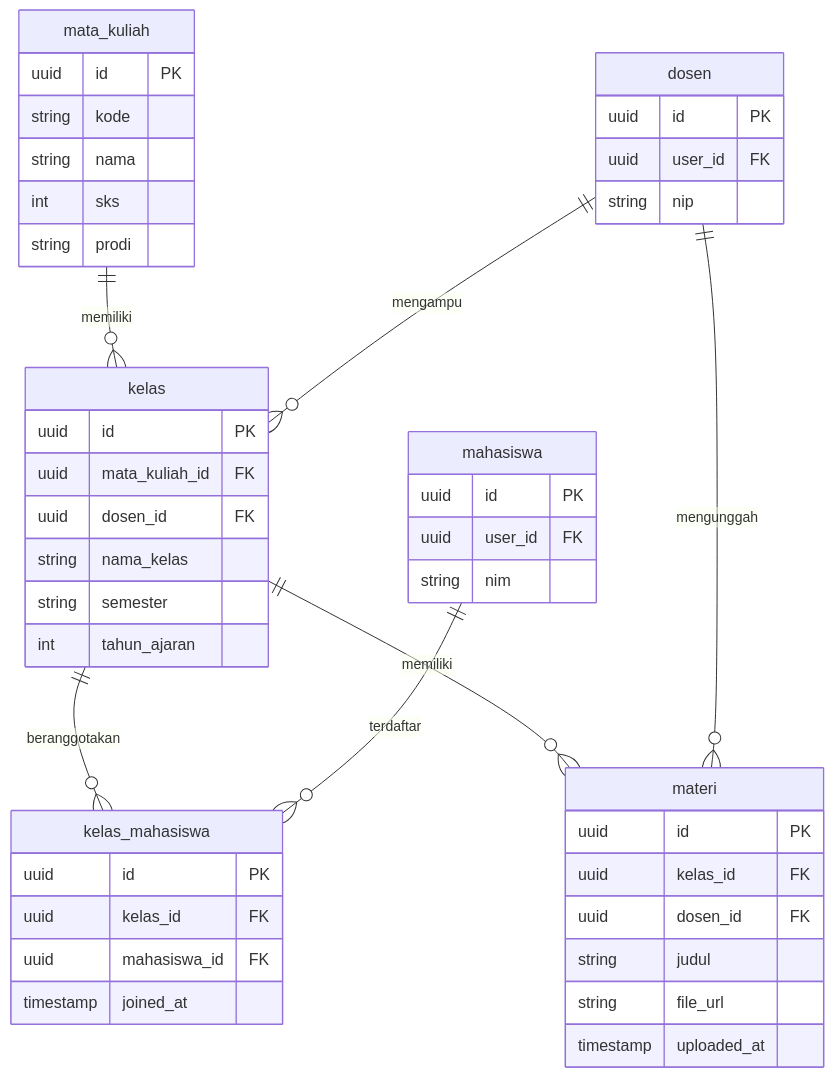
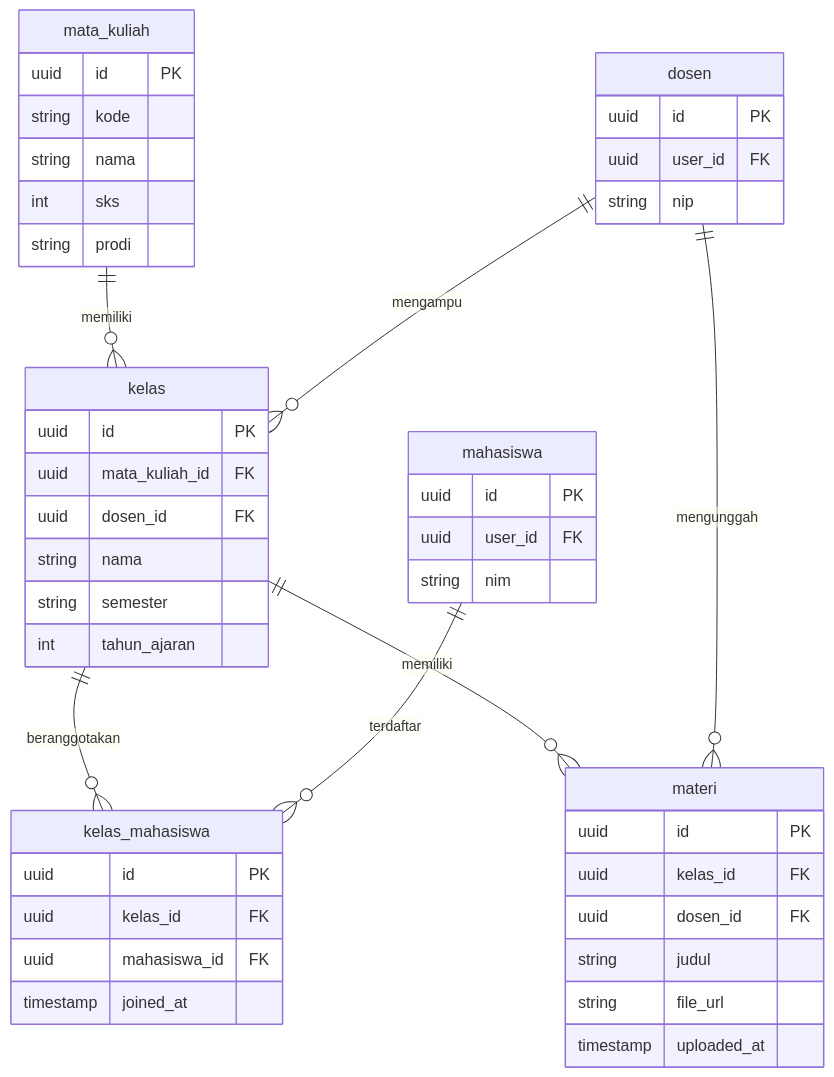
Before and after one commit to taufiq1285/sistem-pwa: the second of 7 diagrams in docs/ERD_BACKEND_MERMAID.md, drawn with Mermaid. The commit also changed other lines of this file and 151 other files, not shown here.

````diff
--- a/docs/ERD_BACKEND_MERMAID.md
+++ b/docs/ERD_BACKEND_MERMAID.md
@@ -58,48 +58,48 @@
 ```mermaid
 erDiagram
     mata_kuliah {
         uuid id PK
         string kode
         string nama
         int sks
         string prodi
     }
     kelas {
         uuid id PK
         uuid mata_kuliah_id FK
         uuid dosen_id FK
-        string nama_kelas
+        string nama
         string semester
         int tahun_ajaran
     }
     kelas_mahasiswa {
         uuid id PK
         uuid kelas_id FK
         uuid mahasiswa_id FK
         timestamp joined_at
     }
     materi {
         uuid id PK
         uuid kelas_id FK
         uuid dosen_id FK
         string judul
         string file_url
         timestamp uploaded_at
     }
     dosen {
         uuid id PK
         uuid user_id FK
         string nip
     }
     mahasiswa {
         uuid id PK
         uuid user_id FK
         string nim
     }
     mata_kuliah ||--o{ kelas : memiliki
     dosen ||--o{ kelas : mengampu
     kelas ||--o{ kelas_mahasiswa : beranggotakan
     mahasiswa ||--o{ kelas_mahasiswa : terdaftar
     kelas ||--o{ materi : memiliki
     dosen ||--o{ materi : mengunggah
 ```
````
